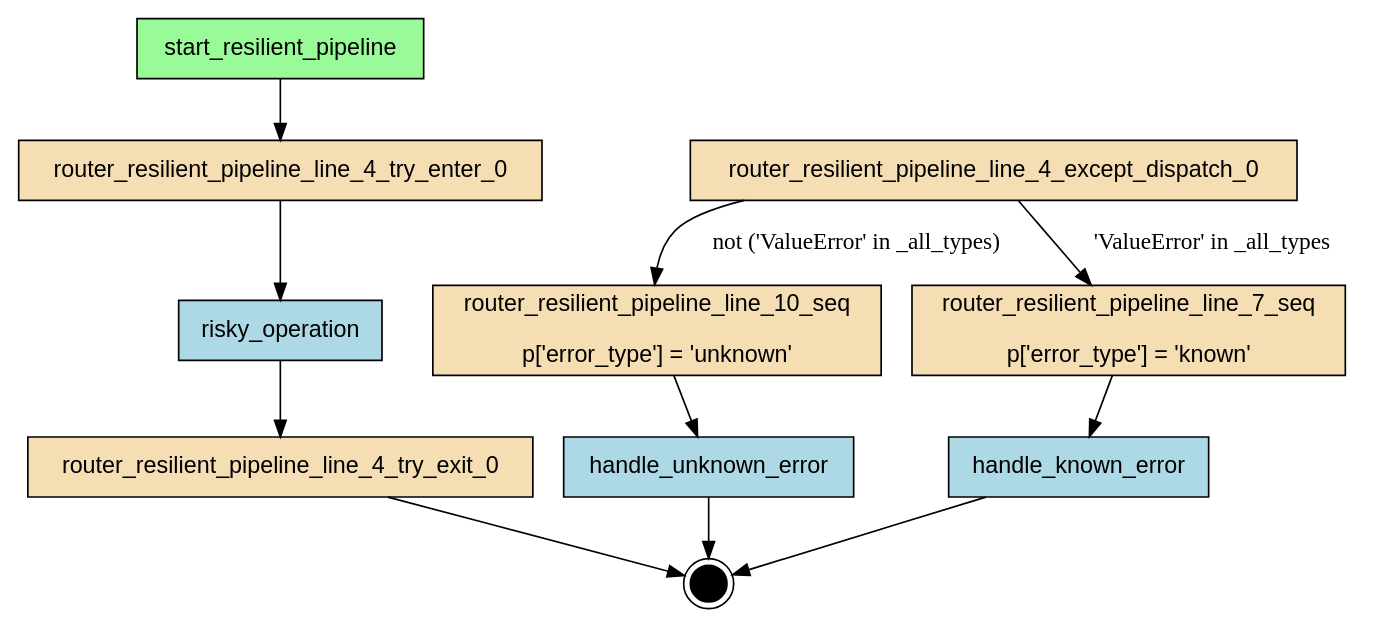
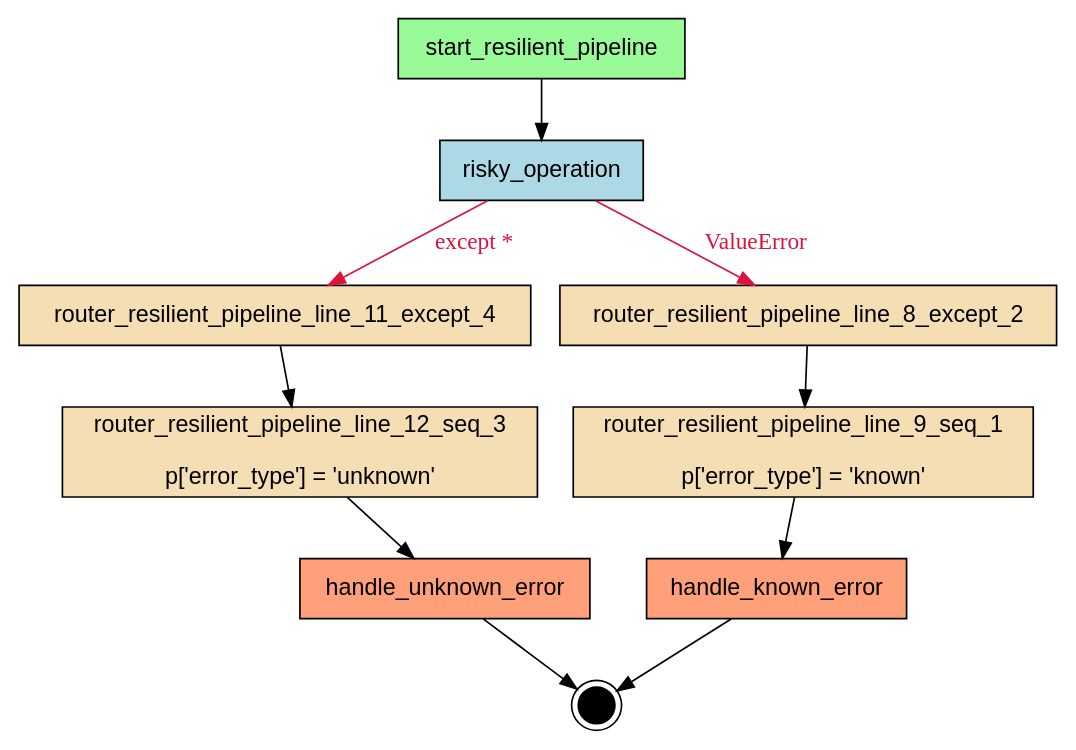
The diagram in examples/flows/compiled/try_except_catch_all/flow.dot (deliveryhero/asya), drawn with Graphviz before and after one commit. The commit also changed 1302 other files, not shown here.

First line of the commit message:
feat(compiler): try/except support via sidecar retryRules [3dp2] (#346)

```diff
--- a/examples/flows/compiled/try_except_catch_all/flow.dot
+++ b/examples/flows/compiled/try_except_catch_all/flow.dot
@@ -1,29 +1,27 @@
-digraph "try_except_catch_all" {
+digraph "resilient_pipeline" {
     rankdir=TB;
     node [shape=box, style=filled, fontname="Helvetica"];
 
     { rank=source; start_resilient_pipeline; }
 
-    handle_known_error [label="handle_known_error", fillcolor=lightblue];
-    handle_unknown_error [label="handle_unknown_error", fillcolor=lightblue];
+    handle_known_error [label="handle_known_error", fillcolor=lightsalmon];
+    handle_unknown_error [label="handle_unknown_error", fillcolor=lightsalmon];
     risky_operation [label="risky_operation", fillcolor=lightblue];
-    router_resilient_pipeline_line_10_seq [label="router_resilient_pipeline_line_10_seq\n\np['error_type'] = 'unknown'", fillcolor=wheat];
-    router_resilient_pipeline_line_4_except_dispatch_0 [label="router_resilient_pipeline_line_4_except_dispatch_0", fillcolor=wheat];
-    router_resilient_pipeline_line_4_try_enter_0 [label="router_resilient_pipeline_line_4_try_enter_0", fillcolor=wheat];
-    router_resilient_pipeline_line_4_try_exit_0 [label="router_resilient_pipeline_line_4_try_exit_0", fillcolor=wheat];
-    router_resilient_pipeline_line_7_seq [label="router_resilient_pipeline_line_7_seq\n\np['error_type'] = 'known'", fillcolor=wheat];
+    router_resilient_pipeline_line_11_except_4 [label="router_resilient_pipeline_line_11_except_4", fillcolor=wheat];
+    router_resilient_pipeline_line_12_seq_3 [label="router_resilient_pipeline_line_12_seq_3\n\np['error_type'] = 'unknown'", fillcolor=wheat];
+    router_resilient_pipeline_line_8_except_2 [label="router_resilient_pipeline_line_8_except_2", fillcolor=wheat];
+    router_resilient_pipeline_line_9_seq_1 [label="router_resilient_pipeline_line_9_seq_1\n\np['error_type'] = 'known'", fillcolor=wheat];
     start_resilient_pipeline [label="start_resilient_pipeline", fillcolor=palegreen];
 
     __end__ [label="", shape=doublecircle, fillcolor=black, width=0.3, fixedsize=true];
 
-    start_resilient_pipeline -> router_resilient_pipeline_line_4_try_enter_0;
-    router_resilient_pipeline_line_7_seq -> handle_known_error;
-    router_resilient_pipeline_line_10_seq -> handle_unknown_error;
-    router_resilient_pipeline_line_4_try_enter_0 -> risky_operation;
-    risky_operation -> router_resilient_pipeline_line_4_try_exit_0;
-    router_resilient_pipeline_line_4_except_dispatch_0 -> router_resilient_pipeline_line_7_seq [label="'ValueError' in _all_types"];
-    router_resilient_pipeline_line_4_except_dispatch_0 -> router_resilient_pipeline_line_10_seq [label="not ('ValueError' in _all_types)"];
+    start_resilient_pipeline -> risky_operation;
+    router_resilient_pipeline_line_9_seq_1 -> handle_known_error;
+    router_resilient_pipeline_line_8_except_2 -> router_resilient_pipeline_line_9_seq_1;
+    router_resilient_pipeline_line_12_seq_3 -> handle_unknown_error;
+    router_resilient_pipeline_line_11_except_4 -> router_resilient_pipeline_line_12_seq_3;
+    risky_operation -> router_resilient_pipeline_line_8_except_2 [label="ValueError", color="#DC143C", fontcolor="#DC143C"];
+    risky_operation -> router_resilient_pipeline_line_11_except_4 [label="except *", color="#DC143C", fontcolor="#DC143C"];
     handle_known_error -> __end__;
     handle_unknown_error -> __end__;
-    router_resilient_pipeline_line_4_try_exit_0 -> __end__;
 }
```
